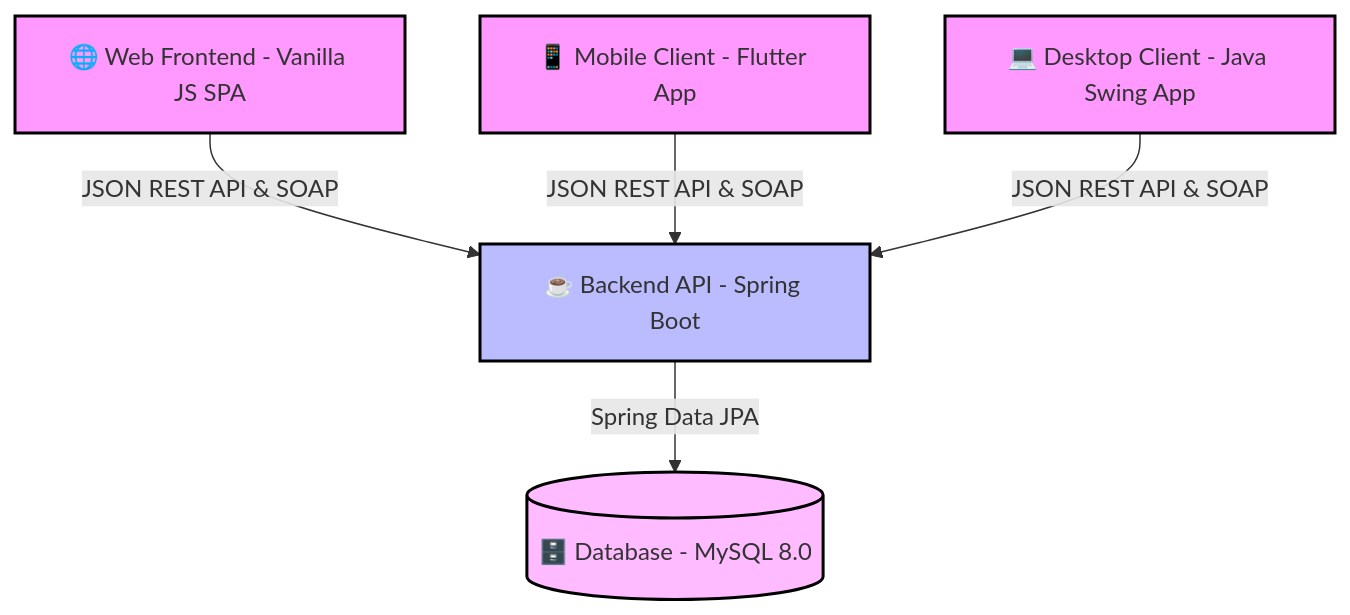
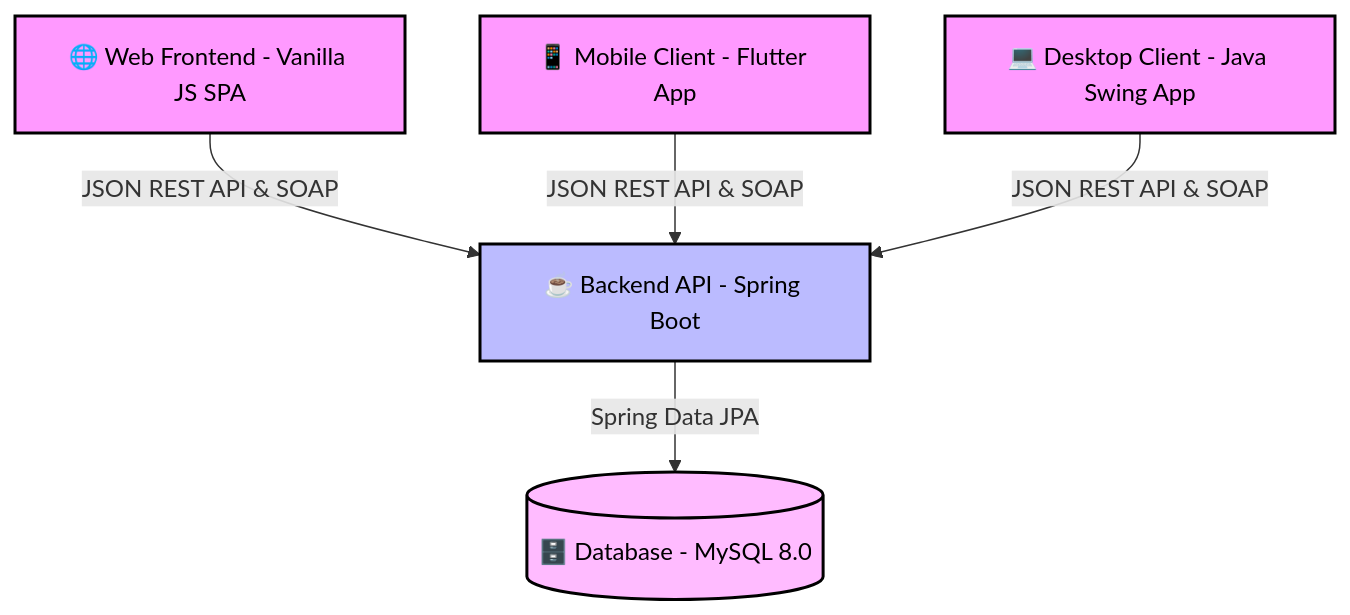
One commit to AzimAminz/SmartCampusConnect changed the first of 2 diagrams in README.md. Above: the diagram before and after it, drawn with Mermaid.

Commit message:
style: update text color to black in README mermaid diagram

````diff
--- a/README.md
+++ b/README.md
@@ -13,17 +13,17 @@
 ```mermaid
 graph TD
-    classDef client fill:#f9f,stroke:black,stroke-width:2px;
-    classDef server fill:#bbf,stroke:black,stroke-width:2px;
-    classDef db fill:#fbf,stroke:black,stroke-width:2px;
+    classDef client fill:#f9f,stroke:black,stroke-width:2px,color:#000;
+    classDef server fill:#bbf,stroke:black,stroke-width:2px,color:#000;
+    classDef db fill:#fbf,stroke:black,stroke-width:2px,color:#000;
 
     Web[🌐 Web Frontend - Vanilla JS SPA]:::client
     Mobile[📱 Mobile Client - Flutter App]:::client
     Desktop[💻 Desktop Client - Java Swing App]:::client
     Backend[☕ Backend API - Spring Boot]:::server
     DB[(🗄️ Database - MySQL 8.0)]:::db
 
     Web -->|JSON REST API & SOAP| Backend
     Mobile -->|JSON REST API & SOAP| Backend
     Desktop -->|JSON REST API & SOAP| Backend
     Backend -->|Spring Data JPA| DB
 ```
````
